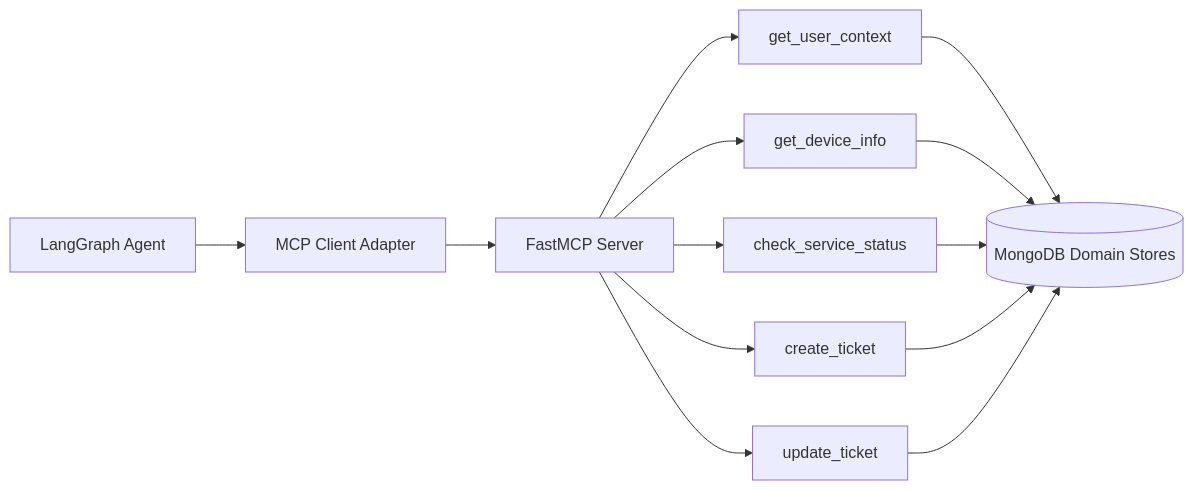
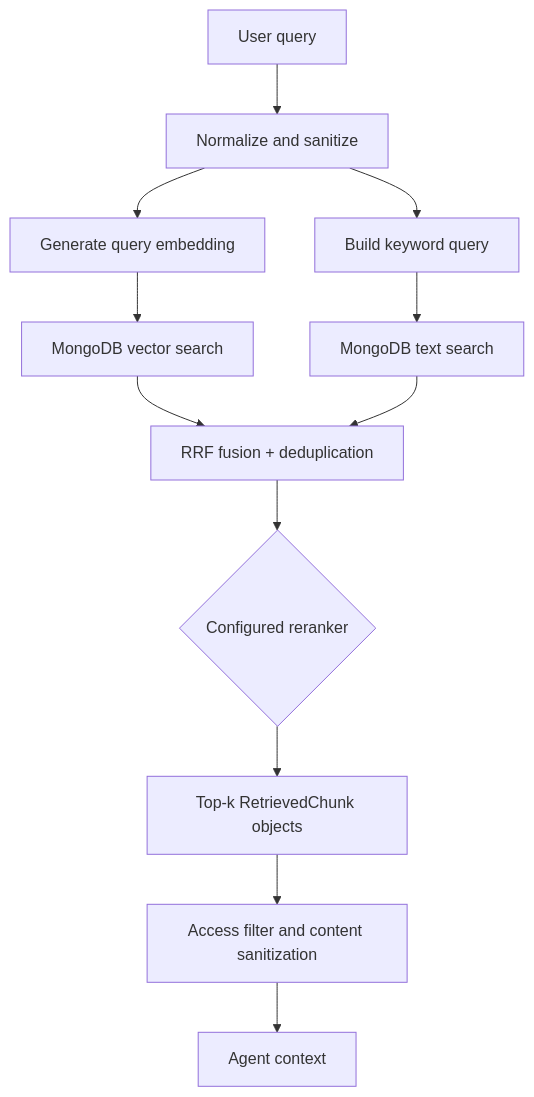
One commit to PS-Dev-Dadhania/IT-Operations changed the fourth of 9 diagrams in README.md. Above: the diagram before and after it, drawn with Mermaid. The commit also changed other lines of this file and 2963 other files, not shown here.

````diff
--- a/README.md
+++ b/README.md
@@ -302,11 +140,14 @@
 ```mermaid
-flowchart LR
-    Agent[LangGraph Agent] --> Client[MCP Client Adapter]
-    Client --> Server[FastMCP Server]
-    Server --> T1[get_user_context]
-    Server --> T2[get_device_info]
-    Server --> T3[check_service_status]
-    Server --> T4[create_ticket]
-    Server --> T5[update_ticket]
-    T1 & T2 & T3 & T4 & T5 --> Mongo[(MongoDB Domain Stores)]
+flowchart TD
+    Q[User query] --> P[Normalize and sanitize]
+    P --> VQ[Generate query embedding]
+    P --> KQ[Build keyword query]
+    VQ --> VS[MongoDB vector search]
+    KQ --> KS[MongoDB text search]
+    VS --> F[RRF fusion + deduplication]
+    KS --> F
+    F --> R{Configured reranker}
+    R --> TOP[Top-k RetrievedChunk objects]
+    TOP --> AUTH[Access filter and content sanitization]
+    AUTH --> LLM[Agent context]
 ```
````
